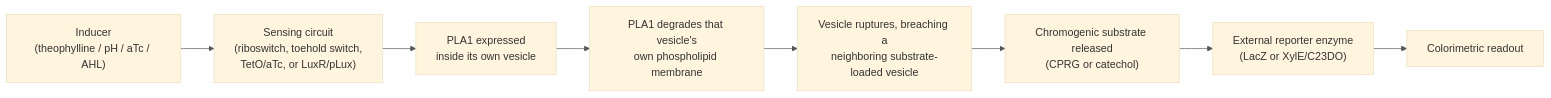
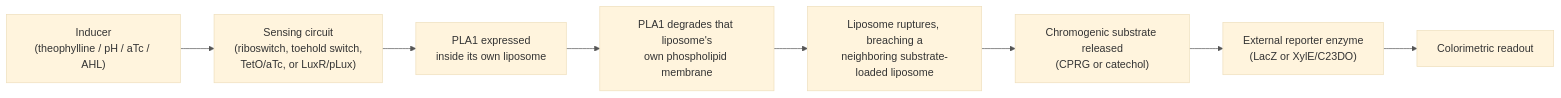
Before and after one commit to nucleus-eng/nucleus-docs: the diagram in docs/modules/effector-pla1/spec.md, drawn with Mermaid. The commit also changed other lines of this file and 34 other files, not shown here.

````diff
--- a/docs/modules/effector-pla1/spec.md
+++ b/docs/modules/effector-pla1/spec.md
@@ -25,11 +25,11 @@
 ```{mermaid}
 %%{init: {'theme': 'base', 'themeVariables': {'lineColor': '#555555', 'edgeLabelBackground': '#ffffff'}}}%%
 flowchart LR
     A["Inducer<br/>(theophylline / pH / aTc / AHL)"] --> B["Sensing circuit<br/>(riboswitch, toehold switch,<br/>TetO/aTc, or LuxR/pLux)"]
-    B --> C["PLA1 expressed<br/>inside its own vesicle"]
-    C --> D["PLA1 degrades that vesicle's<br/>own phospholipid membrane"]
-    D --> E["Vesicle ruptures, breaching a<br/>neighboring substrate-loaded vesicle"]
+    B --> C["PLA1 expressed<br/>inside its own liposome"]
+    C --> D["PLA1 degrades that liposome's<br/>own phospholipid membrane"]
+    D --> E["Liposome ruptures, breaching a<br/>neighboring substrate-loaded liposome"]
     E --> F["Chromogenic substrate released<br/>(CPRG or catechol)"]
     F --> G["External reporter enzyme<br/>(LacZ or XylE/C23DO)"]
     G --> H["Colorimetric readout"]
 ```
````
